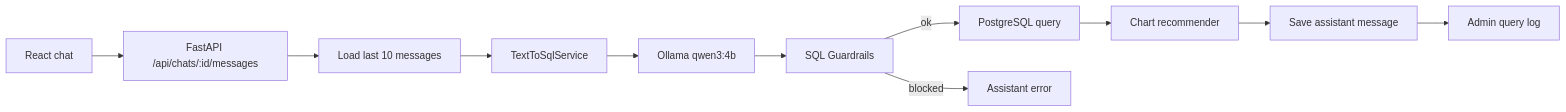
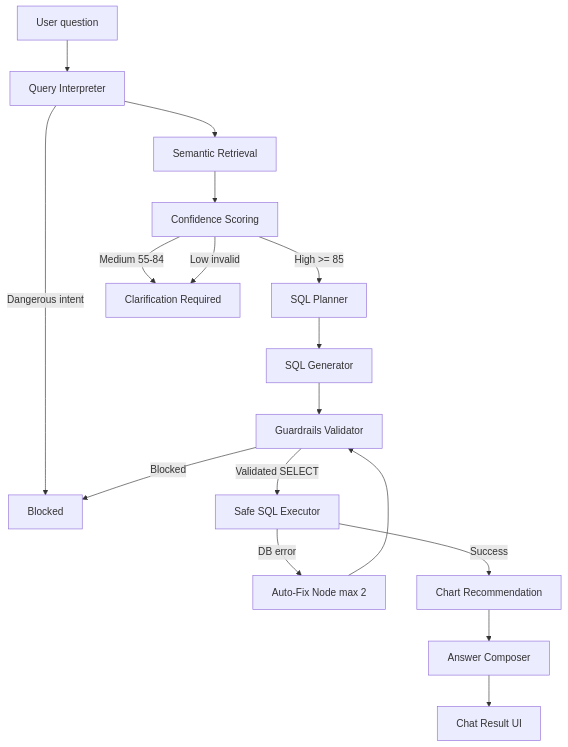
Before and after one commit to agarogo/drivee_Tolmach: the second of 5 diagrams in docs/architecture.md, drawn with Mermaid. The commit also changed other lines of this file and 68 other files, not shown here.

````diff
--- a/docs/architecture.md
+++ b/docs/architecture.md
@@ -5,13 +26,19 @@
 ```mermaid
-flowchart LR
-    A[React chat] --> B[FastAPI /api/chats/:id/messages]
-    B --> C[Load last 10 messages]
-    C --> D[TextToSqlService]
-    D --> O[Ollama qwen3:4b]
-    O --> E[SQL Guardrails]
-    E -->|ok| F[PostgreSQL query]
-    E -->|blocked| G[Assistant error]
-    F --> H[Chart recommender]
-    H --> I[Save assistant message]
-    I --> J[Admin query log]
+flowchart TD
+    A[User question] --> B[Query Interpreter]
+    B --> C[Semantic Retrieval]
+    C --> D[Confidence Scoring]
+    D -->|High >= 85| E[SQL Planner]
+    D -->|Medium 55-84| CL[Clarification Required]
+    D -->|Low invalid| CL
+    B -->|Dangerous intent| BL[Blocked]
+    E --> F[SQL Generator]
+    F --> G[Guardrails Validator]
+    G -->|Blocked| BL
+    G -->|Validated SELECT| H[Safe SQL Executor]
+    H -->|DB error| AF[Auto-Fix Node max 2]
+    AF --> G
+    H -->|Success| I[Chart Recommendation]
+    I --> J[Answer Composer]
+    J --> K[Chat Result UI]
 ```
````
